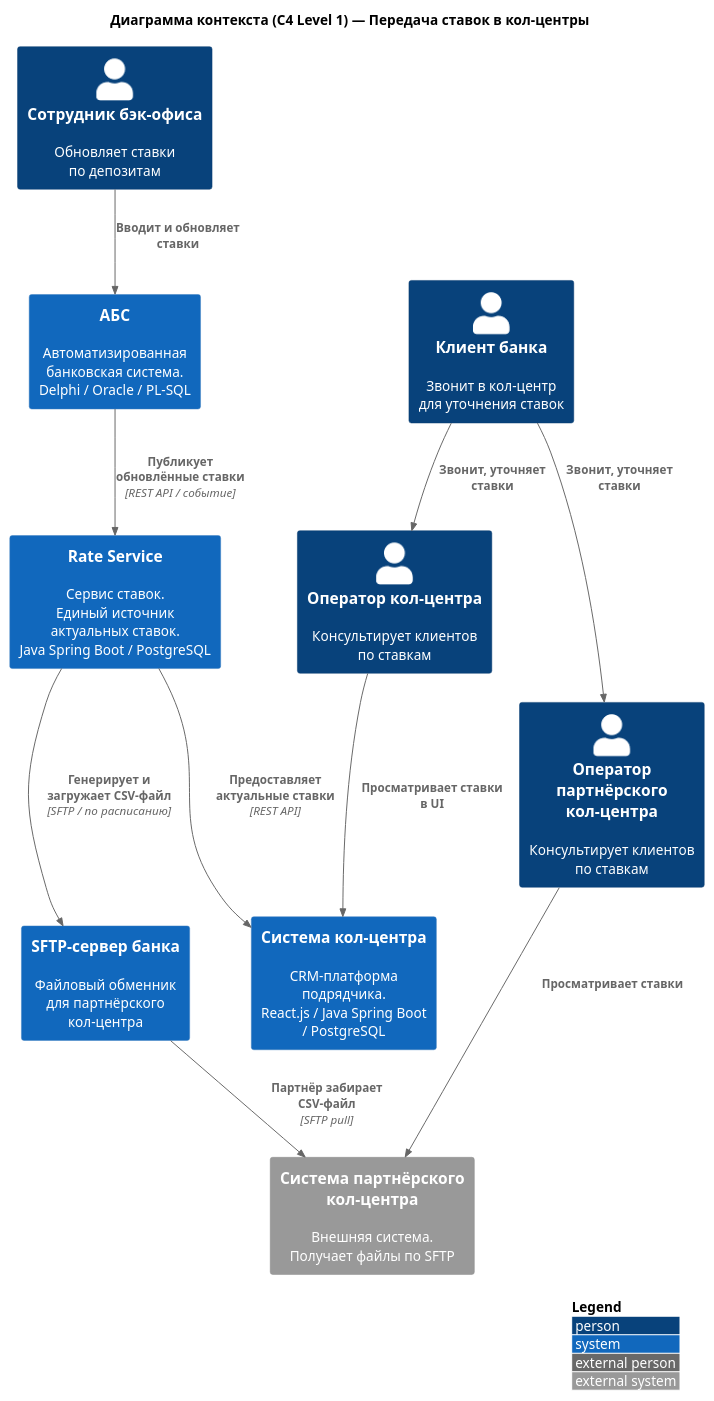
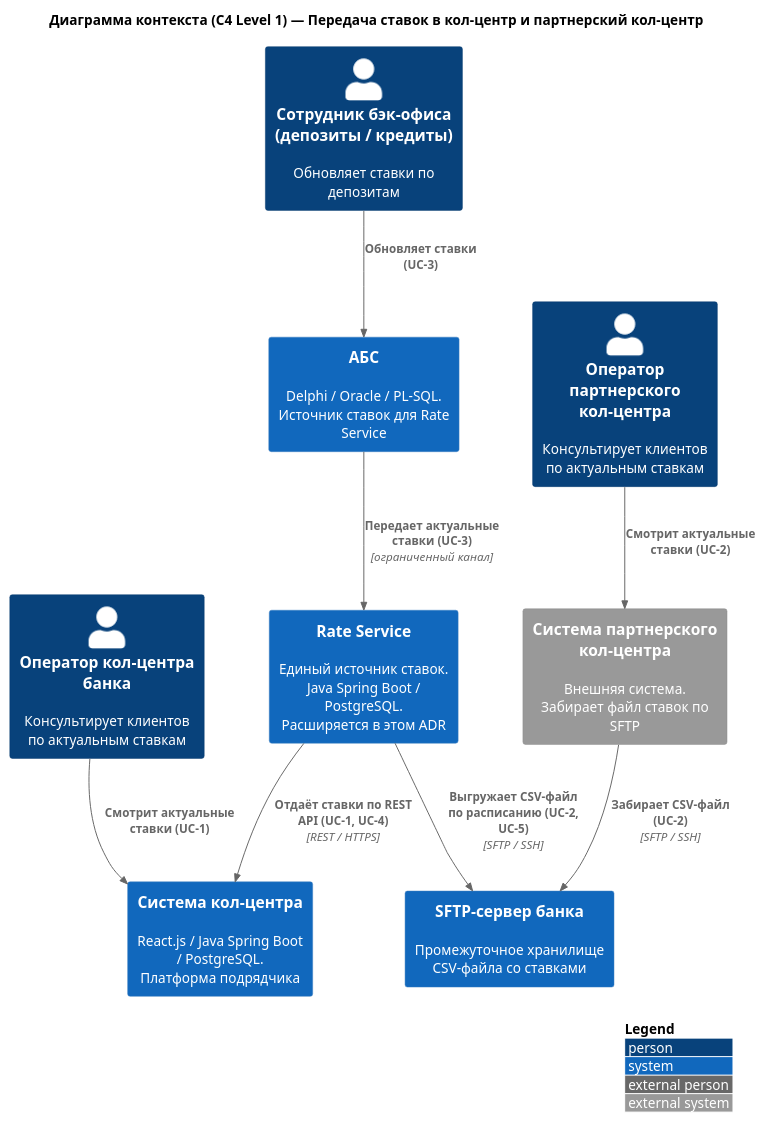
The diagram in Task4/Diagrams/c4-context.puml (alexruek/architecture-pro-standart), drawn with PlantUML before and after one commit. The commit also changed 5 other files, not shown here.

```diff
--- a/Task4/Diagrams/c4-context.puml
+++ b/Task4/Diagrams/c4-context.puml
@@ -1,29 +1,27 @@
 @startuml c4-context
 !include https://raw.githubusercontent.com/plantuml-stdlib/C4-PlantUML/master/C4_Context.puml
 
 LAYOUT_WITH_LEGEND()
 
-title Диаграмма контекста (C4 Level 1) — Передача ставок в кол-центры
+title Диаграмма контекста (C4 Level 1) — Передача ставок в кол-центр и партнерский кол-центр
 
-Person(backoffice, "Сотрудник бэк-офиса", "Обновляет ставки\nпо депозитам")
-Person(operator_cc, "Оператор кол-центра", "Консультирует клиентов\nпо ставкам")
-Person(operator_pcc, "Оператор партнёрского\nкол-центра", "Консультирует клиентов\nпо ставкам")
-Person(client, "Клиент банка", "Звонит в кол-центр\nдля уточнения ставок")
+Person(backoffice, "Сотрудник бэк-офиса\n(депозиты / кредиты)", "Обновляет ставки по депозитам")
+Person(cc_operator, "Оператор кол-центра банка", "Консультирует клиентов\nпо актуальным ставкам")
+Person(partner_operator, "Оператор партнерского\nкол-центра", "Консультирует клиентов\nпо актуальным ставкам")
 
-System(abs, "АБС", "Автоматизированная\nбанковская система.\nDelphi / Oracle / PL-SQL")
-System(rate_service, "Rate Service", "Сервис ставок.\nЕдиный источник\nактуальных ставок.\nJava Spring Boot / PostgreSQL")
-System(callcenter, "Система кол-центра", "CRM-платформа подрядчика.\nReact.js / Java Spring Boot\n/ PostgreSQL")
-System_Ext(partner_cc, "Система партнёрского\nкол-центра", "Внешняя система.\nПолучает файлы по SFTP")
-System(sftp, "SFTP-сервер банка", "Файловый обменник\nдля партнёрского кол-центра")
+System(rate_svc, "Rate Service", "Единый источник ставок.\nJava Spring Boot / PostgreSQL.\nРасширяется в этом ADR")
+System(cc_system, "Система кол-центра", "React.js / Java Spring Boot\n/ PostgreSQL.\nПлатформа подрядчика")
+System(abs, "АБС", "Delphi / Oracle / PL-SQL.\nИсточник ставок для Rate Service")
+System(sftp, "SFTP-сервер банка", "Промежуточное хранилище\nCSV-файла со ставками")
 
-Rel(backoffice, abs, "Вводит и обновляет ставки")
-Rel(abs, rate_service, "Публикует обновлённые ставки", "REST API / событие")
-Rel(rate_service, callcenter, "Предоставляет актуальные ставки", "REST API")
-Rel(rate_service, sftp, "Генерирует и загружает CSV-файл", "SFTP / по расписанию")
-Rel(sftp, partner_cc, "Партнёр забирает CSV-файл", "SFTP pull")
-Rel(operator_cc, callcenter, "Просматривает ставки в UI")
-Rel(operator_pcc, partner_cc, "Просматривает ставки")
-Rel(client, operator_cc, "Звонит, уточняет ставки")
-Rel(client, operator_pcc, "Звонит, уточняет ставки")
+System_Ext(partner_cc, "Система партнерского\nкол-центра", "Внешняя система.\nЗабирает файл ставок по SFTP")
+
+Rel(backoffice, abs, "Обновляет ставки (UC-3)")
+Rel(abs, rate_svc, "Передает актуальные ставки (UC-3)", "ограниченный канал")
+Rel(rate_svc, cc_system, "Отдаёт ставки по REST API (UC-1, UC-4)", "REST / HTTPS")
+Rel(rate_svc, sftp, "Выгружает CSV-файл по расписанию (UC-2, UC-5)", "SFTP / SSH")
+Rel(partner_cc, sftp, "Забирает CSV-файл (UC-2)", "SFTP / SSH")
+Rel(cc_operator, cc_system, "Смотрит актуальные ставки (UC-1)")
+Rel(partner_operator, partner_cc, "Смотрит актуальные ставки (UC-2)")
 
 @enduml
```
